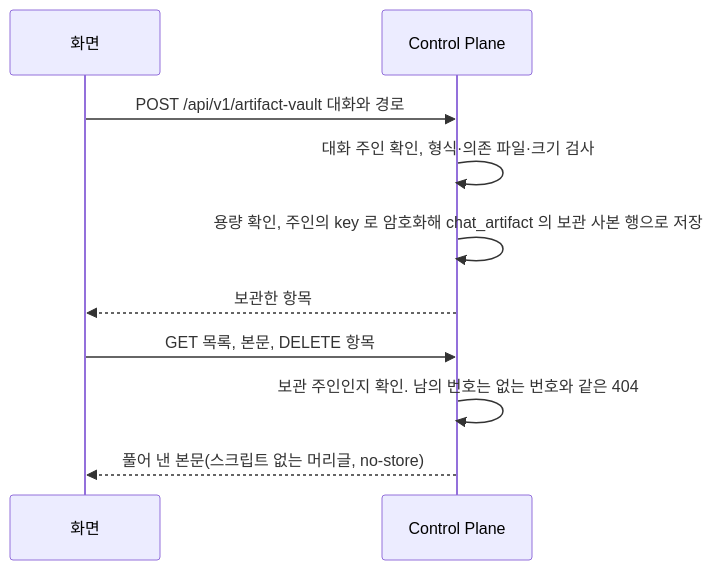
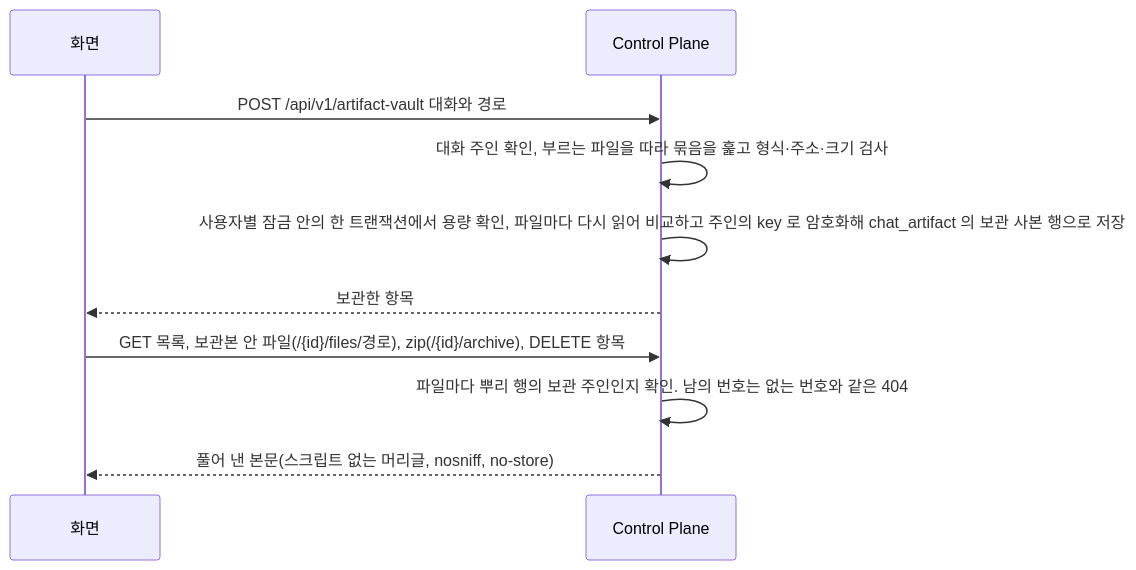
Before and after one commit to jon890/fos-assistant: the third of 3 diagrams in docs/features/workspace.md, drawn with Mermaid. The commit also changed other lines of this file and 26 other files, not shown here.

````diff
--- a/docs/features/workspace.md
+++ b/docs/features/workspace.md
@@ -149,12 +152,12 @@
 ```mermaid
 sequenceDiagram
     participant W as 화면
     participant C as Control Plane
     W->>C: POST /api/v1/artifact-vault 대화와 경로
-    C->>C: 대화 주인 확인, 형식·의존 파일·크기 검사
-    C->>C: 용량 확인, 주인의 key 로 암호화해 chat_artifact 의 보관 사본 행으로 저장
+    C->>C: 대화 주인 확인, 부르는 파일을 따라 묶음을 훑고 형식·주소·크기 검사
+    C->>C: 사용자별 잠금 안의 한 트랜잭션에서 용량 확인, 파일마다 다시 읽어 비교하고 주인의 key 로 암호화해 chat_artifact 의 보관 사본 행으로 저장
     C-->>W: 보관한 항목
-    W->>C: GET 목록, 본문, DELETE 항목
-    C->>C: 보관 주인인지 확인. 남의 번호는 없는 번호와 같은 404
-    C-->>W: 풀어 낸 본문(스크립트 없는 머리글, no-store)
+    W->>C: GET 목록, 보관본 안 파일(/{id}/files/경로), zip(/{id}/archive), DELETE 항목
+    C->>C: 파일마다 뿌리 행의 보관 주인인지 확인. 남의 번호는 없는 번호와 같은 404
+    C-->>W: 풀어 낸 본문(스크립트 없는 머리글, nosniff, no-store)
 ```
````
